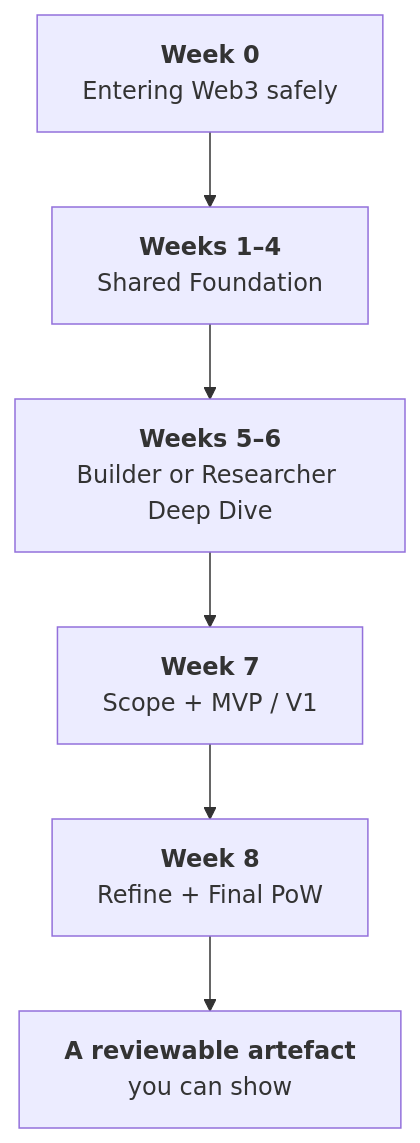
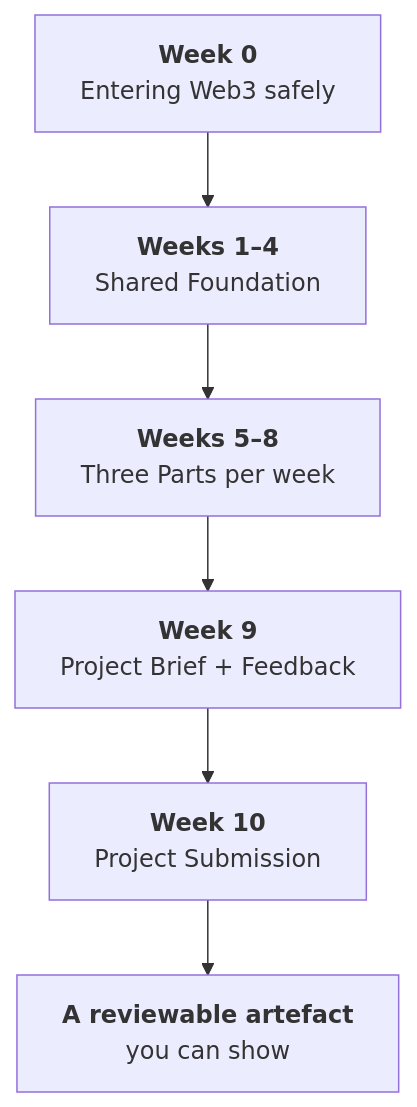
One commit to Blockchain-NTU-SG/academy-handbook changed the diagram in docs/getting-started/welcome-and-setup.md. Above: the diagram before and after it, drawn with Mermaid. The commit also changed other lines of this file and 69 other files, not shown here.

````diff
--- a/docs/getting-started/welcome-and-setup.md
+++ b/docs/getting-started/welcome-and-setup.md
@@ -50,8 +50,8 @@
 ```mermaid
 flowchart TD
   W0["<b>Week 0</b><br/>Entering Web3 safely"] --> F["<b>Weeks 1–4</b><br/>Shared Foundation"]
-  F --> D["<b>Weeks 5–6</b><br/>Builder or Researcher Deep Dive"]
-  D --> P["<b>Week 7</b><br/>Scope + MVP / V1"]
-  P --> Q["<b>Week 8</b><br/>Refine + Final PoW"]
+  F --> D["<b>Weeks 5–8</b><br/>Three Parts per week"]
+  D --> P["<b>Week 9</b><br/>Project Brief + Feedback"]
+  P --> Q["<b>Week 10</b><br/>Project Submission"]
   Q --> O["<b>A reviewable artefact</b><br/>you can show"]
 ```
````
